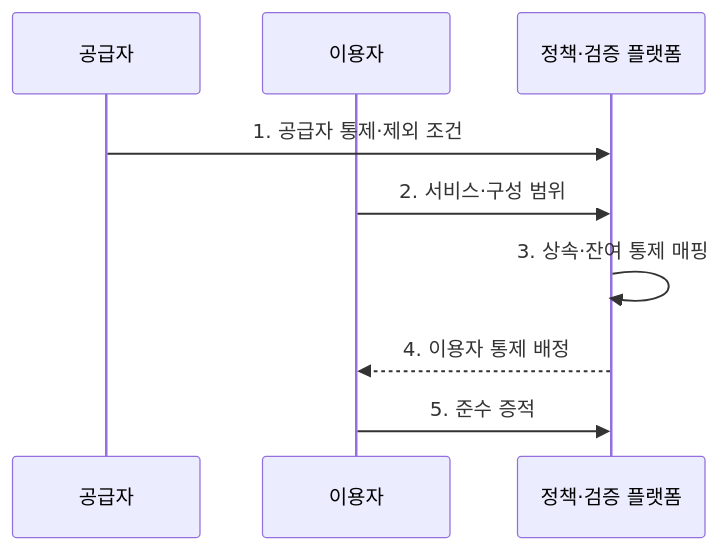
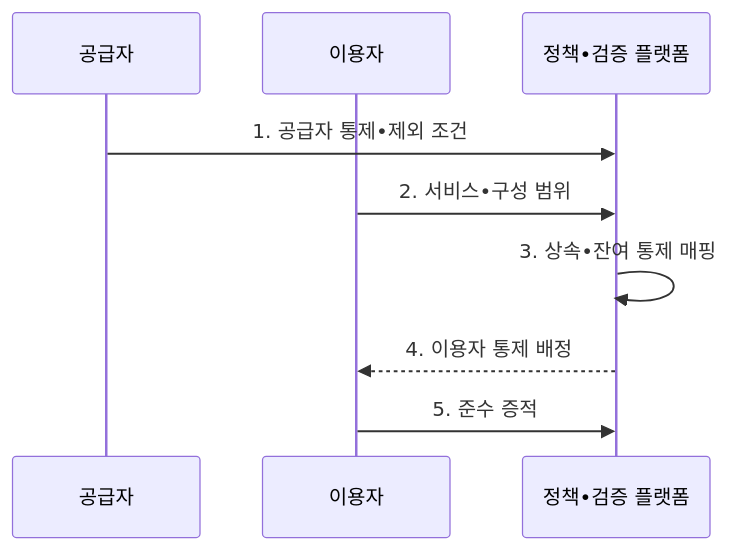
The second of 2 diagrams in src/content/docs/notes/03-software/145_shared_responsibility_model.md (agnusdei1207/knowledge-base), drawn with Mermaid before and after one commit. The commit also changed other lines of this file and 953 other files, not shown here.

````diff
--- a/src/content/docs/notes/03-software/145_shared_responsibility_model.md
+++ b/src/content/docs/notes/03-software/145_shared_responsibility_model.md
@@ -105,11 +105,11 @@
 ```mermaid
 sequenceDiagram
     participant P as 공급자
     participant C as 이용자
-    participant V as 정책·검증 플랫폼
-    P->>V: 1. 공급자 통제·제외 조건
-    C->>V: 2. 서비스·구성 범위
-    V->>V: 3. 상속·잔여 통제 매핑
+    participant V as 정책•검증 플랫폼
+    P->>V: 1. 공급자 통제•제외 조건
+    C->>V: 2. 서비스•구성 범위
+    V->>V: 3. 상속•잔여 통제 매핑
     V-->>C: 4. 이용자 통제 배정
     C->>V: 5. 준수 증적
 ```
````
